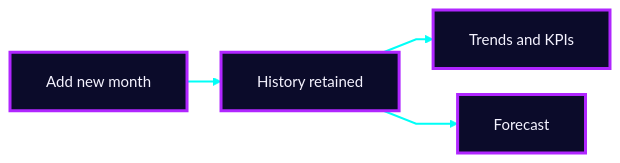
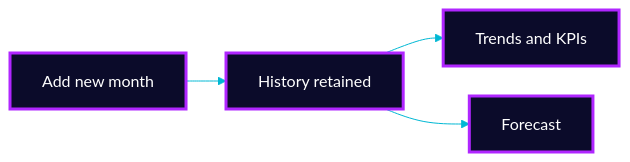
The eighth of 17 diagrams in README.md (Mansi232323/MANSHORA), drawn with Mermaid before and after one commit. The commit also changed other lines of this file, not shown here.

````diff
--- a/README.md
+++ b/README.md
@@ -334,10 +326,9 @@
 ```mermaid
-%%{init: {'theme':'base','themeVariables':{'fontSize':'15px','fontFamily':'Arial, Helvetica, sans-serif','primaryColor':'#0b0b2a','primaryTextColor':'#f5f3ff','primaryBorderColor':'#b026ff','lineColor':'#00fff7','textColor':'#f5f3ff','edgeLabelBackground':'#0b0b2a'},'flowchart':{'htmlLabels':false,'nodeSpacing':26,'rankSpacing':34,'padding':18,'curve':'linear'}}}%%
+%%{init: {'theme':'base','themeVariables':{'fontSize':'16px','fontFamily':'Arial, Helvetica, sans-serif','primaryColor':'#0b0b2a','primaryTextColor':'#ffffff','primaryBorderColor':'#b026ff','lineColor':'#00b8d4','textColor':'#ffffff','edgeLabelBackground':'#0b0b2a'},'flowchart':{'htmlLabels':true,'nodeSpacing':30,'rankSpacing':40,'padding':16,'curve':'basis','wrappingWidth':240,'useMaxWidth':true}}}%%
 flowchart LR
     M["Add new month"] --> H["History retained"]
     H --> T["Trends and KPIs"]
     H --> F["Forecast"]
-    classDef a fill:#0b0b2a,stroke:#b026ff,stroke-width:3px,color:#f5f3ff
+    classDef a fill:#0b0b2a,stroke:#b026ff,stroke-width:3px,color:#ffffff
     class M,H,T,F a
-    linkStyle default fill:none,stroke:#00fff7,stroke-width:2px
 ```
````
